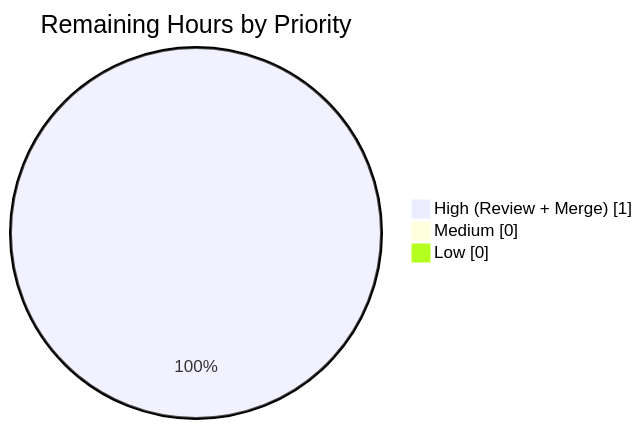
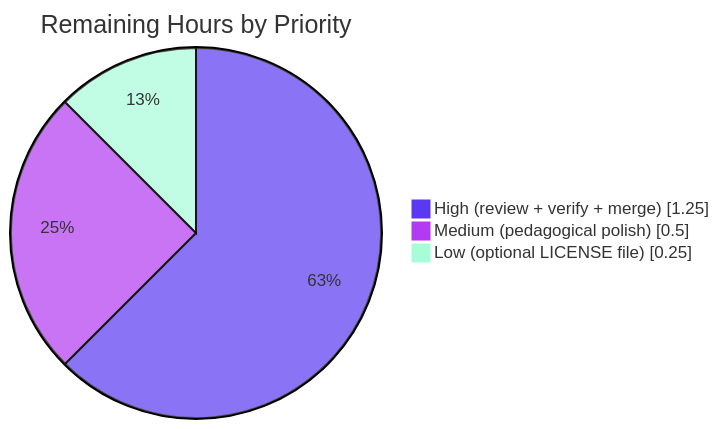
One commit to shaliniblitzy/20April_- changed the fourth of 4 diagrams in blitzy/documentation/Project Guide.md. Above: the diagram before and after it, drawn with Mermaid. The commit also changed other lines of this file, not shown here.

Commit message:
Adding Blitzy Project Guide: Project Status and Human Tasks Remaining

````diff
--- a/blitzy/documentation/Project Guide.md
+++ b/blitzy/documentation/Project Guide.md
@@ -304,6 +258,8 @@
 ```mermaid
-pie showData title Remaining Hours by Priority
-    "High (Review + Merge)" : 1
-    "Medium" : 0
-    "Low" : 0
+%%{init: {"theme": "base", "themeVariables": {"pie1": "#5B39F3", "pie2": "#B23AF2", "pie3": "#A8FDD9"}}}%%
+pie showData
+    title Remaining Hours by Priority
+    "High (review + verify + merge)" : 1.25
+    "Medium (pedagogical polish)" : 0.5
+    "Low (optional LICENSE file)" : 0.25
 ```
````
